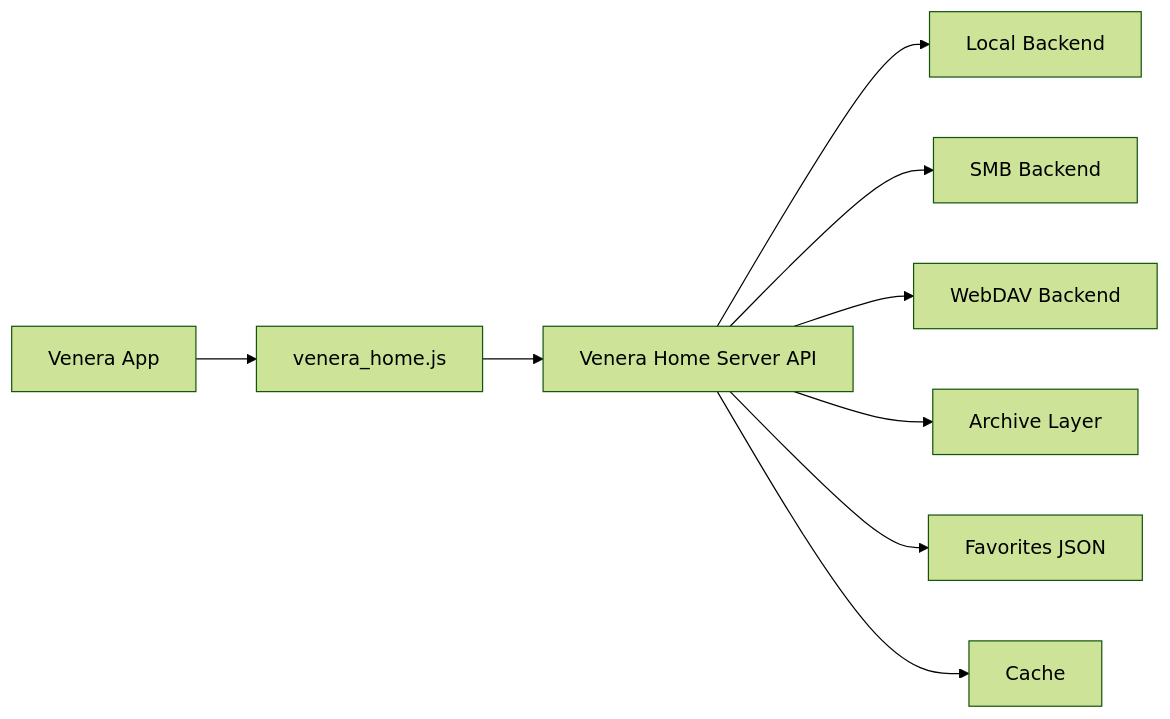
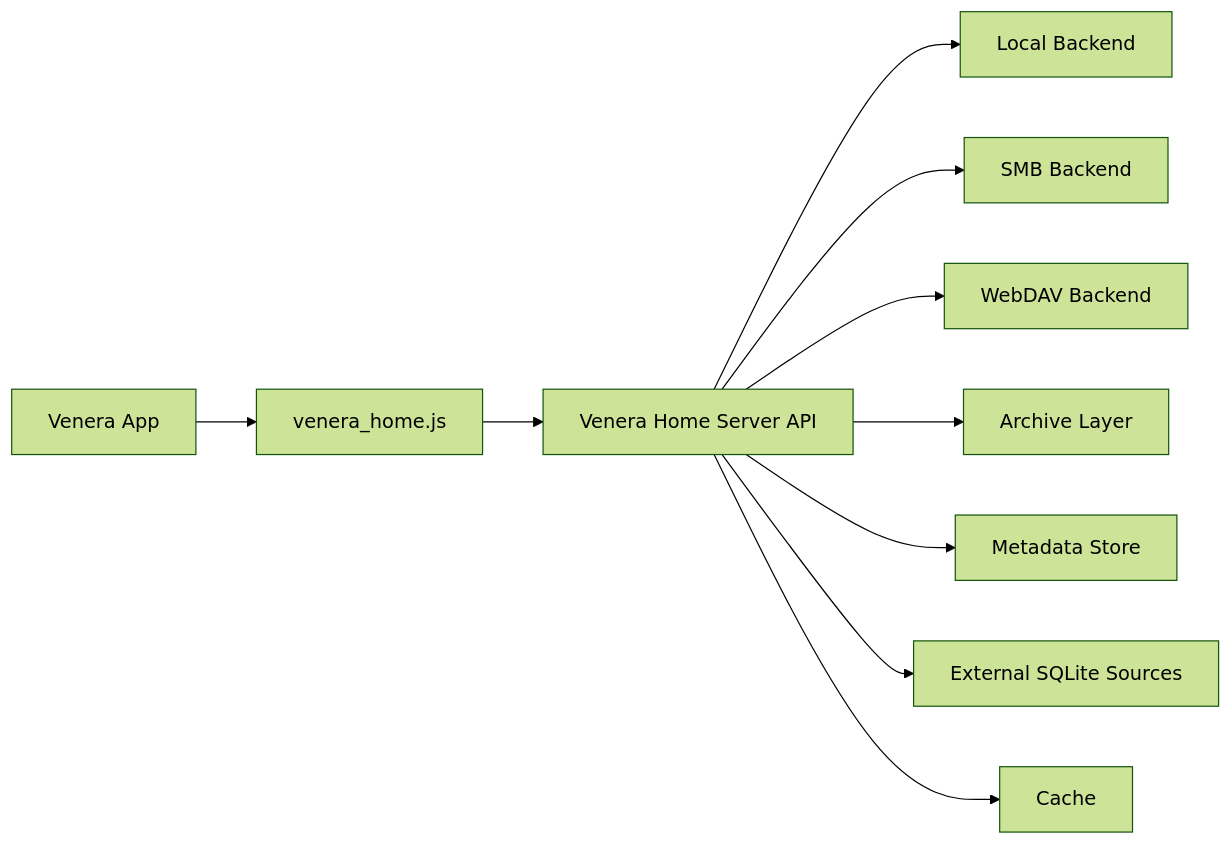
Before and after one commit to bustesoul/venera_home_server: the diagram in README.md, drawn with Mermaid (forest theme). The commit also changed other lines of this file and 12 other files, not shown here.

Commit message:
feat: add manual external metadata enrichment admin

````diff
--- a/README.md
+++ b/README.md
@@ -81,11 +98,12 @@
 ```mermaid
 graph LR
   A["Venera App"] --> B["venera_home.js"]
   B --> C["Venera Home Server API"]
   C --> D["Local Backend"]
   C --> E["SMB Backend"]
   C --> F["WebDAV Backend"]
   C --> G["Archive Layer"]
-  C --> H["Favorites JSON"]
-  C --> I["Cache"]
+  C --> H["Metadata Store"]
+  C --> I["External SQLite Sources"]
+  C --> J["Cache"]
 ```
````
